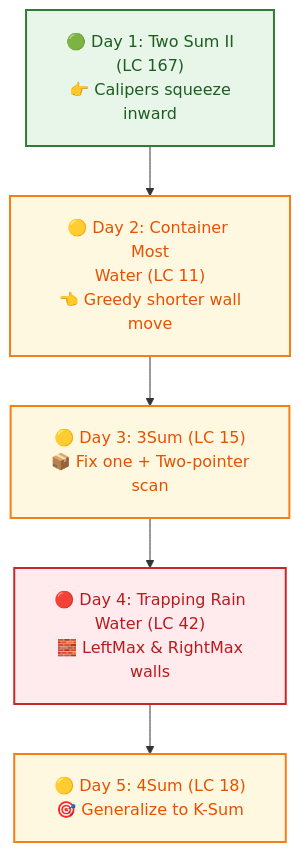
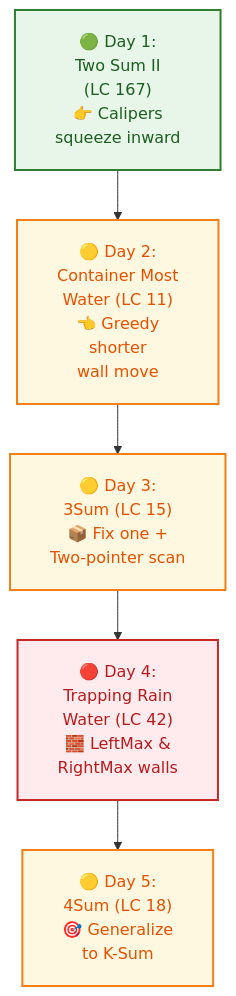
One commit to dip4k/DSA_102 changed the first of 19 diagrams in Senior_dsa_question_list.md. Above: the diagram before and after it, drawn with Mermaid. The commit also changed other lines of this file and 106 other files, not shown here.

First line of the commit message:
fix(mermaid): prevent text clipping with foreignObject overflow and tighter line wrapping

````diff
--- a/Senior_dsa_question_list.md
+++ b/Senior_dsa_question_list.md
@@ -76,15 +76,15 @@
 ```mermaid
-%%{init: {"flowchart": {"htmlLabels": true, "padding": 20}}}%%
+%%{init: {"flowchart": {"htmlLabels": true, "padding": 20}, "themeCSS": "foreignObject { overflow: visible !important; }"}}%%
 flowchart TD
     classDef startNode fill:#e8f5e9,stroke:#2e7d32,stroke-width:2px,color:#1b5e20
     classDef midNode fill:#fff8e1,stroke:#f57f17,stroke-width:2px,color:#e65100
     classDef hardNode fill:#ffebee,stroke:#c62828,stroke-width:2px,color:#b71c1c
 
-    A["🟢 Day 1: Two Sum II<br/>(LC 167)<br/>👉 Calipers squeeze<br/>inward"]:::startNode
-    B["🟡 Day 2: Container Most<br/>Water (LC 11)<br/>👈 Greedy shorter wall<br/>move"]:::midNode
-    C["🟡 Day 3: 3Sum (LC 15)<br/>📦 Fix one + Two-pointer<br/>scan"]:::midNode
-    D["🔴 Day 4: Trapping Rain<br/>Water (LC 42)<br/>🧱 LeftMax & RightMax<br/>walls"]:::hardNode
-    E["🟡 Day 5: 4Sum (LC 18)<br/>🎯 Generalize to K-Sum"]:::midNode
+    A["🟢 Day 1:<br/>Two Sum II<br/>(LC 167)<br/>👉 Calipers<br/>squeeze inward"]:::startNode
+    B["🟡 Day 2:<br/>Container Most<br/>Water (LC 11)<br/>👈 Greedy<br/>shorter<br/>wall move"]:::midNode
+    C["🟡 Day 3:<br/>3Sum (LC 15)<br/>📦 Fix one +<br/>Two-pointer scan"]:::midNode
+    D["🔴 Day 4:<br/>Trapping Rain<br/>Water (LC 42)<br/>🧱 LeftMax &<br/>RightMax walls"]:::hardNode
+    E["🟡 Day 5:<br/>4Sum (LC 18)<br/>🎯 Generalize<br/>to K-Sum"]:::midNode
 
     A --> B --> C --> D --> E
 ```
````
